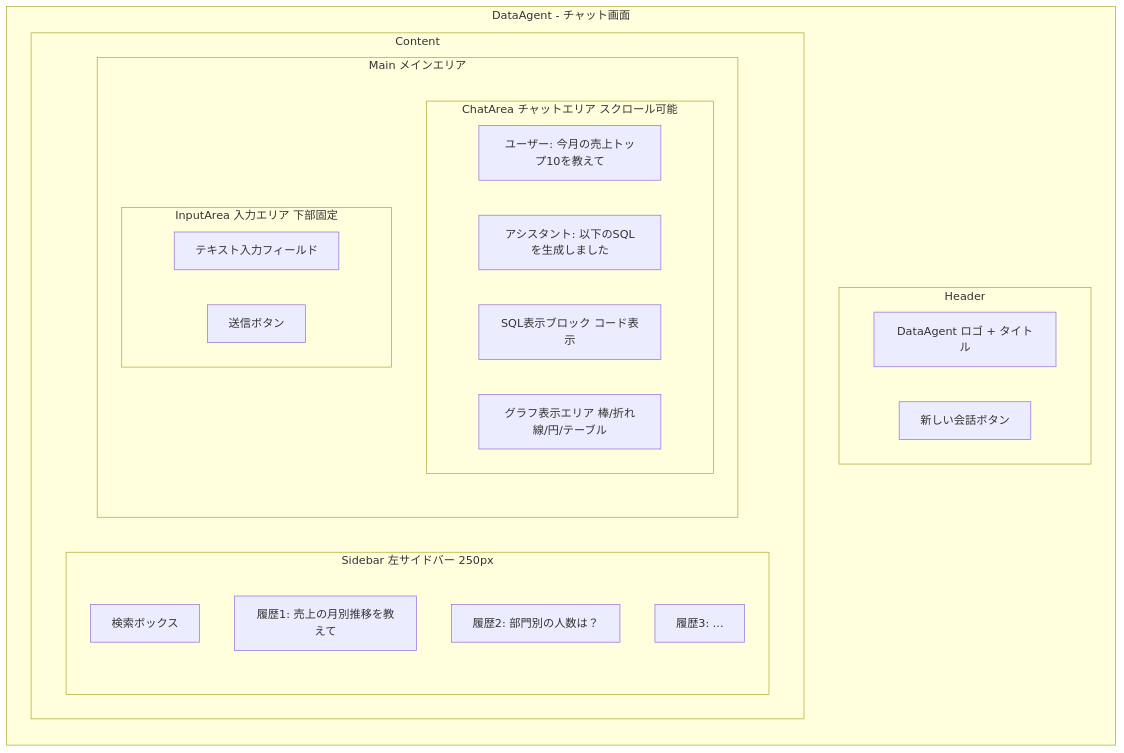
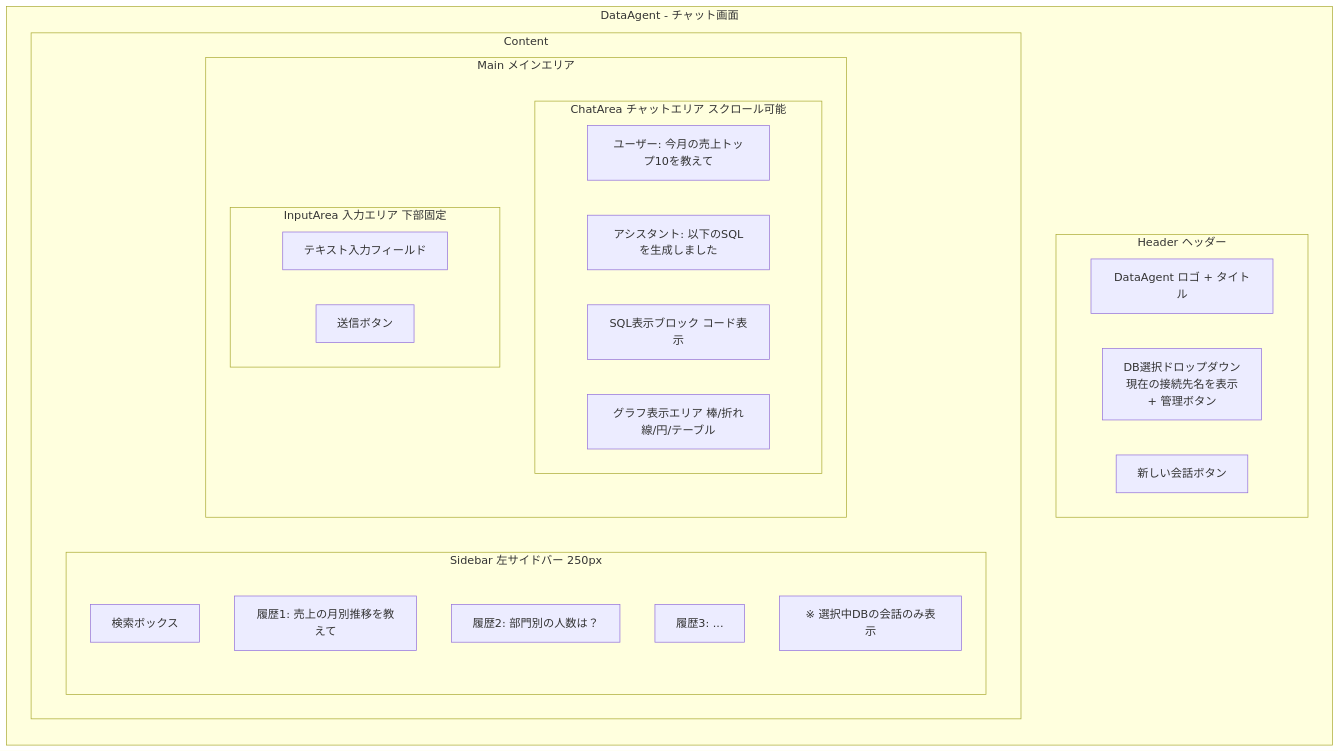
Before and after one commit to okegawaatclink/gaido-dataagent: the second of 4 diagrams in ai_generated/requirements/screens.md, drawn with Mermaid. The commit also changed other lines of this file and 7 other files, not shown here.

````diff
--- a/ai_generated/requirements/screens.md
+++ b/ai_generated/requirements/screens.md
@@ -24,39 +31,41 @@
 ```mermaid
 flowchart TB
     subgraph "DataAgent - チャット画面"
         direction TB
 
-        subgraph "Header"
+        subgraph "Header ヘッダー"
             Logo["DataAgent ロゴ + タイトル"]
+            DBSelect["DB選択ドロップダウン<br>現在の接続先名を表示<br>+ 管理ボタン"]
             NewChat["新しい会話ボタン"]
         end
 
         subgraph "Content"
             direction LR
 
             subgraph "Sidebar 左サイドバー 250px"
                 direction TB
                 SearchBox["検索ボックス"]
                 History1["履歴1: 売上の月別推移を教えて"]
                 History2["履歴2: 部門別の人数は？"]
                 History3["履歴3: ..."]
+                HistoryNote["※ 選択中DBの会話のみ表示"]
             end
 
             subgraph "Main メインエリア"
                 direction TB
 
                 subgraph "ChatArea チャットエリア スクロール可能"
                     UserMsg["ユーザー: 今月の売上トップ10を教えて"]
                     AssistantMsg["アシスタント: 以下のSQLを生成しました"]
                     SQLBlock["SQL表示ブロック コード表示"]
                     ChartArea["グラフ表示エリア 棒/折れ線/円/テーブル"]
                 end
 
                 subgraph "InputArea 入力エリア 下部固定"
                     TextInput["テキスト入力フィールド"]
                     SendBtn["送信ボタン"]
                 end
             end
         end
     end
 ```
````
